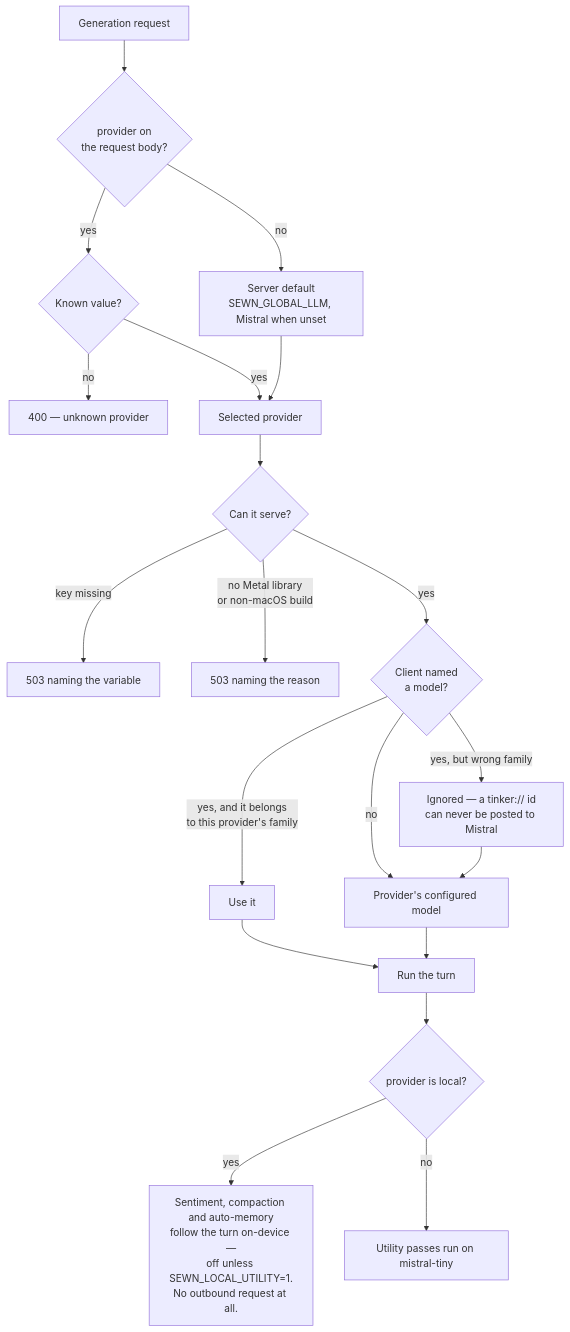
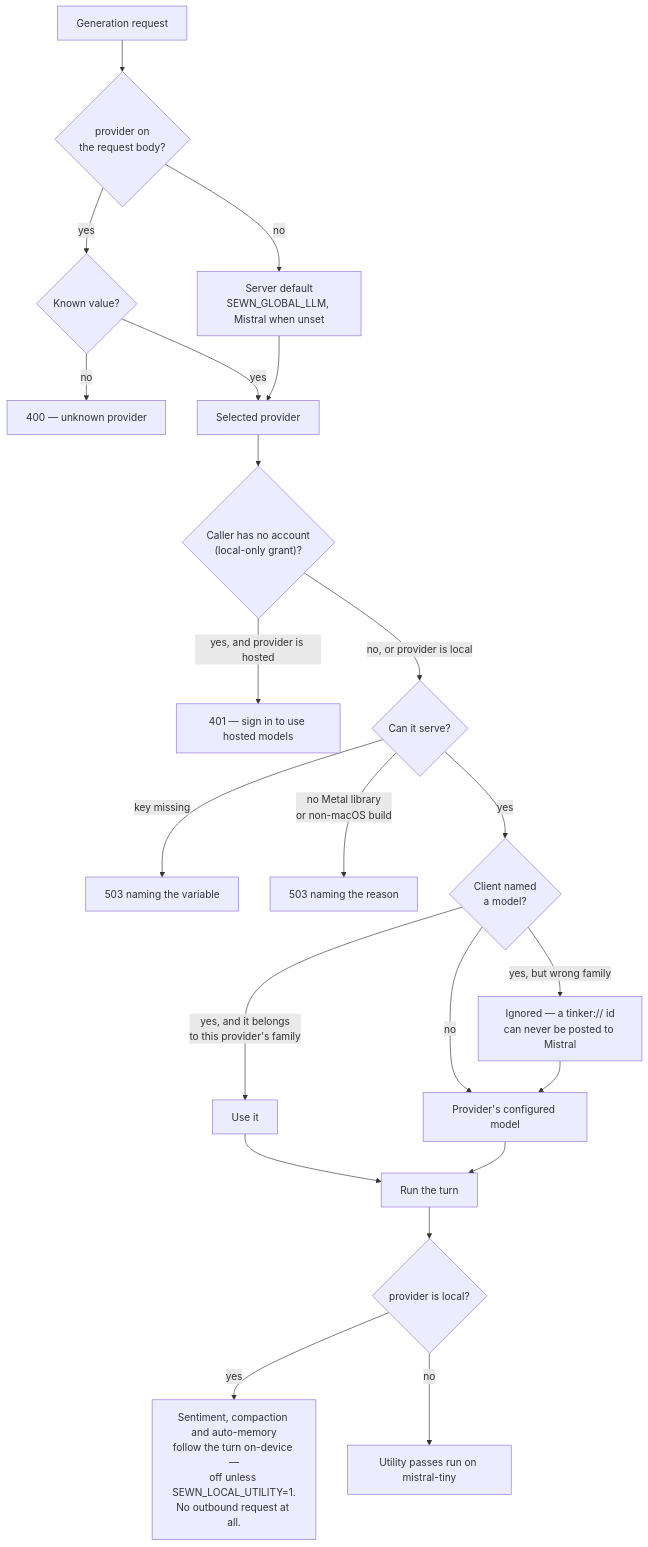
Before and after one commit to rao-studios/Sewn: diagram 11 of 11 in README.md, drawn with Mermaid. The commit also changed other lines of this file and 12 other files, not shown here.

````diff
--- a/README.md
+++ b/README.md
@@ -662,22 +677,24 @@
 ```mermaid
 flowchart TB
     req["Generation request"] --> has{"provider on<br/>the request body?"}
     has -->|no| def["Server default<br/>SEWN_GLOBAL_LLM, Mistral when unset"]
     has -->|yes| known{"Known value?"}
     known -->|no| e400["400 — unknown provider"]
     known -->|yes| pick
     def --> pick["Selected provider"]
-    pick --> ready{"Can it serve?"}
+    pick --> lo{"Caller has no account<br/>(local-only grant)?"}
+    lo -->|"yes, and provider is hosted"| e401["401 — sign in to use hosted models"]
+    lo -->|"no, or provider is local"| ready{"Can it serve?"}
     ready -->|"key missing"| e503a["503 naming the variable"]
     ready -->|"no Metal library<br/>or non-macOS build"| e503b["503 naming the reason"]
     ready -->|yes| model{"Client named<br/>a model?"}
     model -->|"yes, and it belongs<br/>to this provider's family"| use["Use it"]
     model -->|"yes, but wrong family"| fam["Ignored — a tinker:// id<br/>can never be posted to Mistral"]
     model -->|no| cfg["Provider's configured model"]
     use --> run["Run the turn"]
     fam --> cfg
     cfg --> run
     run --> side{"provider is local?"}
     side -->|yes| off["Sentiment, compaction and auto-memory<br/>follow the turn on-device —<br/>off unless SEWN_LOCAL_UTILITY=1.<br/>No outbound request at all."]
     side -->|no| on["Utility passes run on mistral-tiny"]
 ```
````
